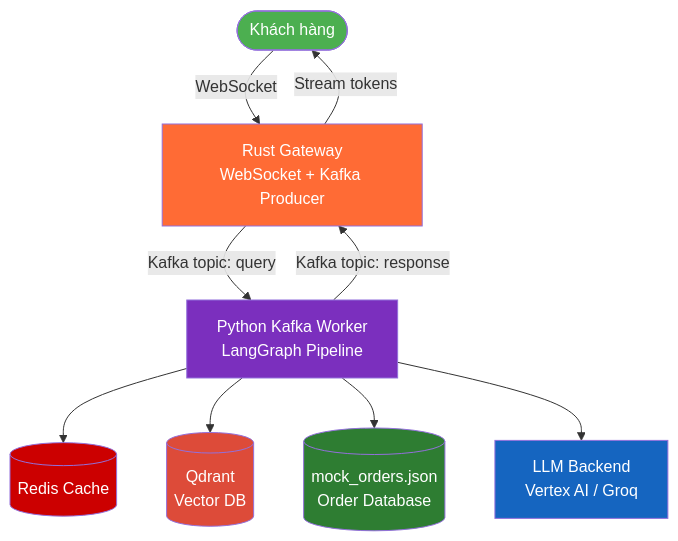
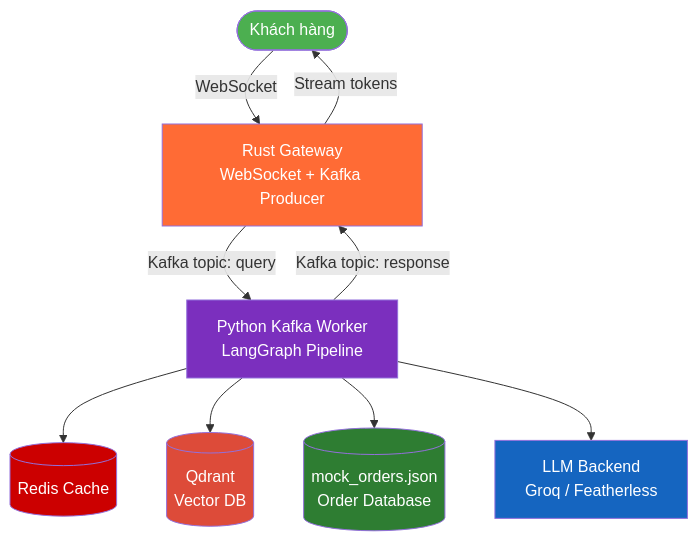
Before and after one commit to QuangVoAI/MilkyBloomVibeCode: the first of 3 diagrams in agentic-ai/README.md, drawn with Mermaid. The commit also changed other lines of this file and 72 other files, not shown here.

````diff
--- a/agentic-ai/README.md
+++ b/agentic-ai/README.md
@@ -37,20 +37,20 @@
 ```mermaid
 graph TD
     U([Khách hàng]) -->|WebSocket| RB[Rust Gateway<br/>WebSocket + Kafka Producer]
     RB -->|Kafka topic: query| KW[Python Kafka Worker<br/>LangGraph Pipeline]
     KW -->|Kafka topic: response| RB
     RB -->|Stream tokens| U
 
     KW --> REDIS[(Redis Cache)]
     KW --> QDRANT[(Qdrant<br/>Vector DB)]
     KW --> ORDERS[(mock_orders.json<br/>Order Database)]
-    KW --> LLM[LLM Backend<br/>Vertex AI / Groq]
+    KW --> LLM[LLM Backend<br/>Groq / Featherless]
 
     style U fill:#4CAF50,color:#fff
     style RB fill:#FF6B35,color:#fff
     style KW fill:#7B2FBE,color:#fff
     style LLM fill:#1565C0,color:#fff
     style REDIS fill:#CC0000,color:#fff
     style QDRANT fill:#DD4B39,color:#fff
     style ORDERS fill:#2E7D32,color:#fff
 ```
````
